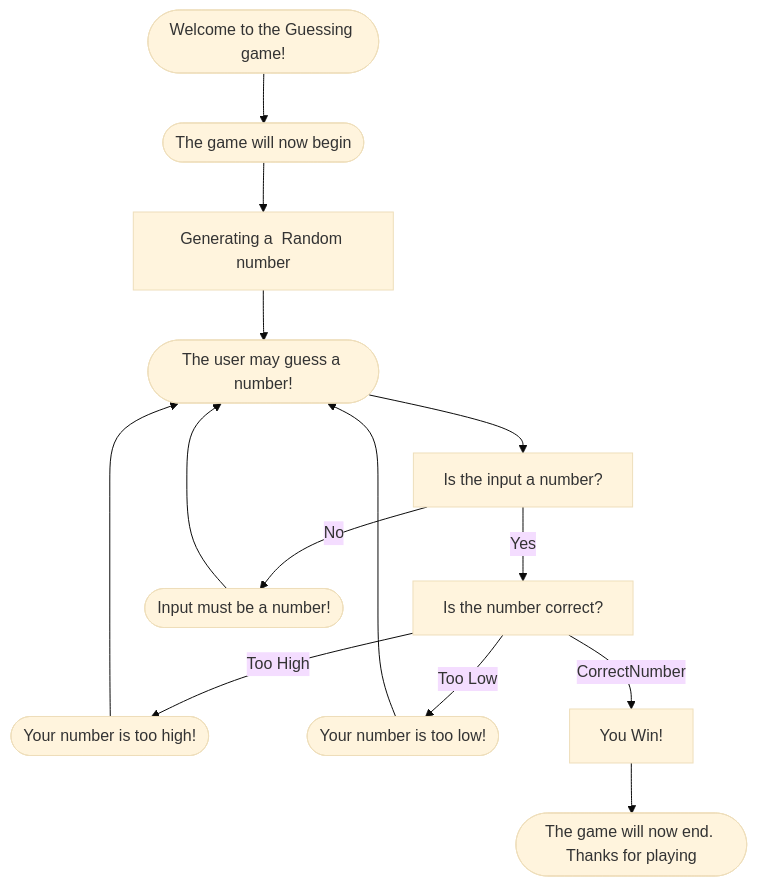
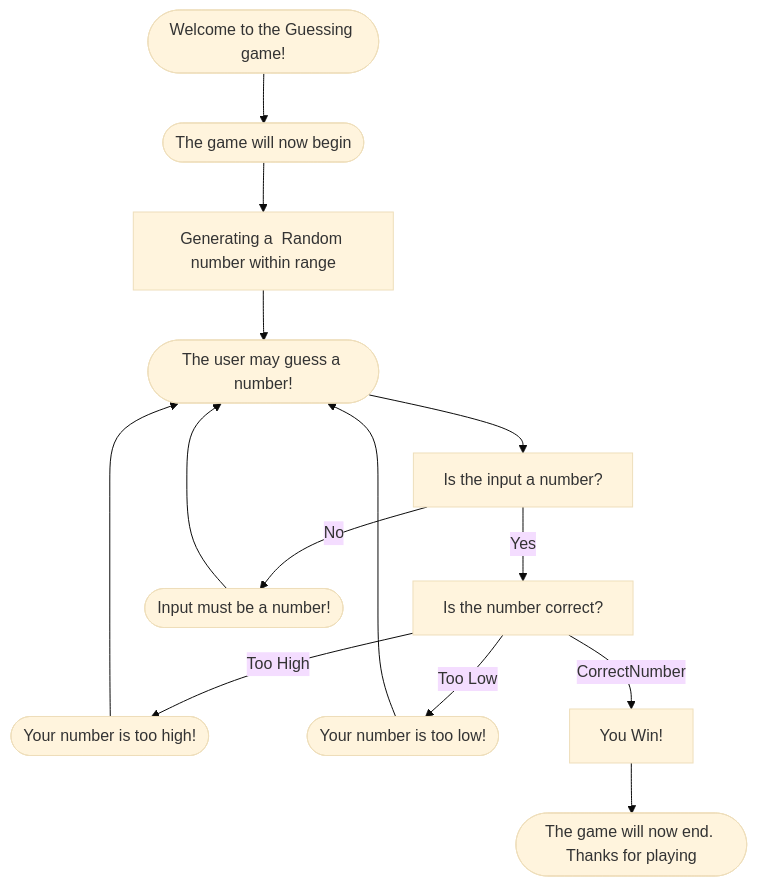
Before and after one commit to josh-keilder/josh-keilder.github.io: the diagram in Guessing.md, drawn with Mermaid (base theme). The commit also changed other lines of this file, not shown here.

````diff
--- a/Guessing.md
+++ b/Guessing.md
@@ -1,18 +1,16 @@
 ```mermaid
 flowchart TD
   Start([Welcome to the Guessing game!]) --> Begin(["The game will now begin"])
-  Begin --> RandomNumber[Generating a  Random number]
+  Begin --> RandomNumber[Generating a  Random number within range]
   RandomNumber --> Input(["The user may guess a number!"])
 
   Input --> IsNumber[Is the input a number?]
 
-  
   IsNumber -- Yes --> CheckCorrect[Is the number correct?]
   IsNumber -- No --> Error([Input must be a number!]) --> Input
   CheckCorrect -- Too High --> HighNumber([Your number is too high!]) --> Input
   CheckCorrect -- Too Low --> LowNumber([Your number is too low!]) --> Input
   CheckCorrect -- CorrectNumber --> Win["You Win!"]
   
-
   Win --> End([The game will now end. Thanks for playing])
 ```
````
